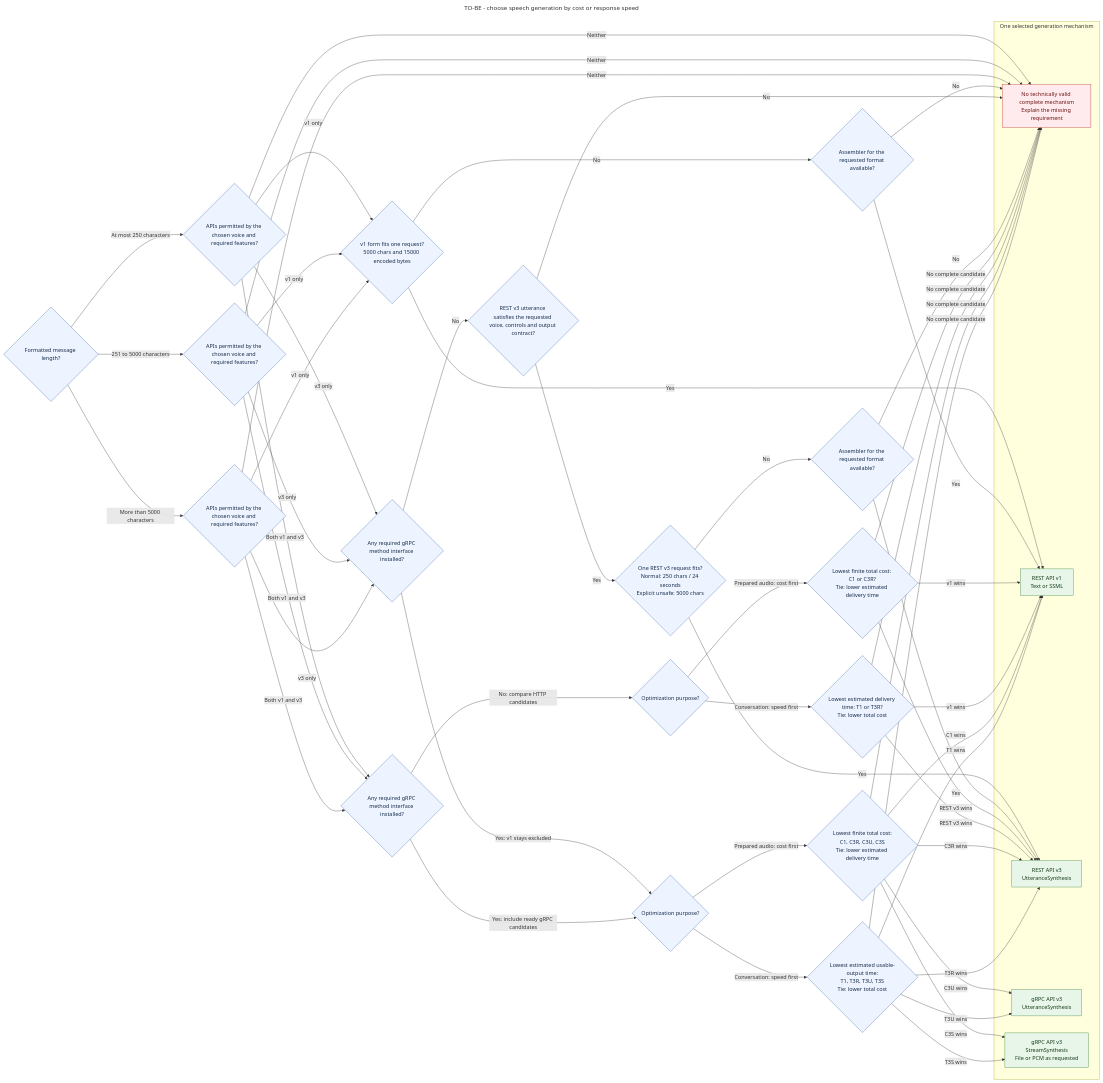
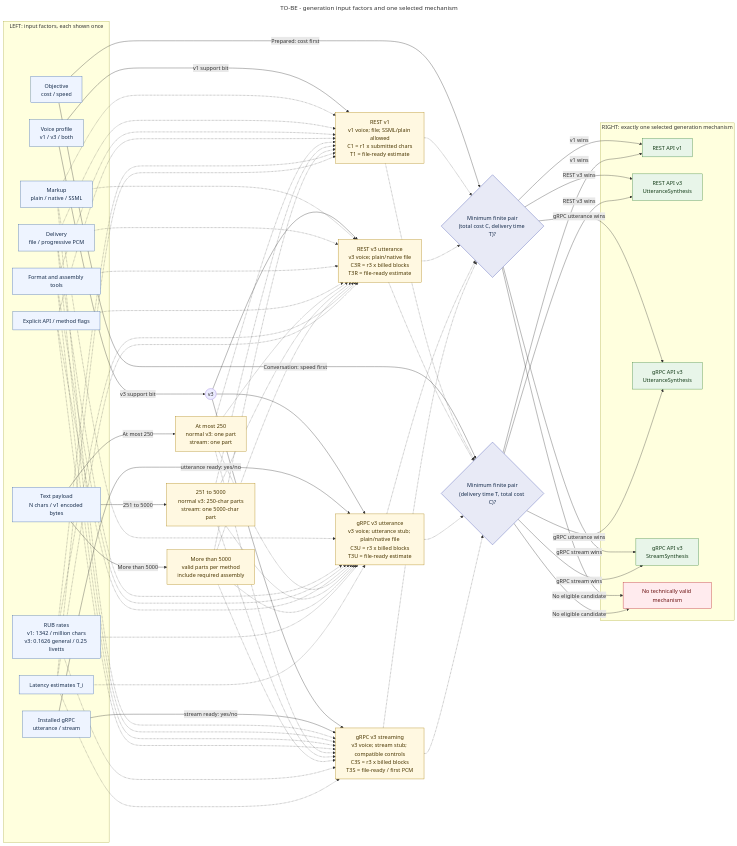
Before and after one commit to bizyumov/yandex-speech: the diagram in docs/voice-generation-selection.mmd, drawn with Mermaid. The commit also changed 5 other files, not shown here.

Commit message:
Show each selection factor once as a left input and separate API outputs on the right

```diff
--- a/docs/voice-generation-selection.mmd
+++ b/docs/voice-generation-selection.mmd
@@ -1,77 +1,110 @@
 ---
-title: TO-BE - choose speech generation by cost or response speed
+title: TO-BE - generation input factors and one selected mechanism
 ---
 flowchart LR
-    N{"Formatted message length?"}
-    N -- "At most 250 characters" --> VS{"APIs permitted by the chosen voice and required features?"}
-    N -- "251 to 5000 characters" --> VM{"APIs permitted by the chosen voice and required features?"}
-    N -- "More than 5000 characters" --> VL{"APIs permitted by the chosen voice and required features?"}
-    VS -- "v1 only" --> R1READY
-    VM -- "v1 only" --> R1READY
-    VL -- "v1 only" --> R1READY
-    VS -- "v3 only" --> G3
-    VM -- "v3 only" --> G3
-    VL -- "v3 only" --> G3
-    VS -- "Both v1 and v3" --> GB
-    VM -- "Both v1 and v3" --> GB
-    VL -- "Both v1 and v3" --> GB
-    VS -- "Neither" --> ERR
-    VM -- "Neither" --> ERR
-    VL -- "Neither" --> ERR
+    subgraph INPUTS["LEFT: input factors, each shown once"]
+        V["Voice profile<br/>v1 / v3 / both"]
+        N["Text payload<br/>N chars / v1 encoded bytes"]
+        G["Installed gRPC<br/>utterance / stream"]
+        M["Markup<br/>plain / native / SSML"]
+        O["Delivery<br/>file / progressive PCM"]
+        A["Format and assembly tools"]
+        X["Explicit API / method flags"]
+        P["Objective<br/>cost / speed"]
+        L["Latency estimates T_i"]
+        R["RUB rates<br/>v1: 1342 / million chars<br/>v3: 0.1626 general / 0.25 livetts"]
+    end
 
-    R1READY{"v1 form fits one request?<br/>5000 chars and 15000 encoded bytes"}
-    R1READY -- Yes --> R1
-    R1READY -- No --> J1{"Assembler for the requested format available?"}
-    J1 -- Yes --> R1
-    J1 -- No --> ERR
-    G3{"Any required gRPC method interface installed?"}
-    G3 -- No --> R3PERMIT{"REST v3 utterance satisfies the requested voice, controls and output contract?"}
-    R3PERMIT -- No --> ERR
-    R3PERMIT -- Yes --> R3READY{"One REST v3 request fits?<br/>Normal: 250 chars / 24 seconds<br/>Explicit unsafe: 5000 chars"}
-    R3READY -- Yes --> R3
-    R3READY -- No --> J3{"Assembler for the requested format available?"}
-    J3 -- Yes --> R3
-    J3 -- No --> ERR
-    G3 -- "Yes: v1 stays excluded" --> GA
+    N -- "At most 250" --> NS["At most 250<br/>normal v3: one part<br/>stream: one part"]
+    N -- "251 to 5000" --> NM["251 to 5000<br/>normal v3: 250-char parts<br/>stream: one 5000-char part"]
+    N -- "More than 5000" --> NL["More than 5000<br/>valid parts per method<br/>include required assembly"]
 
-    GB{"Any required gRPC method interface installed?"}
-    GB -- "No: compare HTTP candidates" --> GH
-    GB -- "Yes: include ready gRPC candidates" --> GA
+    V -- "v1 support bit" --> S1
+    V -- "v3 support bit" --> V3BIT(("v3"))
+    V3BIT --> SR
+    V3BIT --> SU
+    V3BIT --> SS
+    G -- "utterance ready: yes/no" --> SU
+    G -- "stream ready: yes/no" --> SS
+    M -.-> S1
+    M -.-> SR
+    M -.-> SU
+    M -.-> SS
+    O -.-> S1
+    O -.-> SR
+    O -.-> SU
+    O -.-> SS
+    A -.-> S1
+    A -.-> SR
+    A -.-> SU
+    A -.-> SS
+    X -.-> S1
+    X -.-> SR
+    X -.-> SU
+    X -.-> SS
 
-    GH{"Optimization purpose?"}
-    GH -- "Prepared audio: cost first" --> CH{"Lowest finite total cost: C1 or C3R?<br/>Tie: lower estimated delivery time"}
-    GH -- "Conversation: speed first" --> TH{"Lowest estimated delivery time: T1 or T3R?<br/>Tie: lower total cost"}
-    CH -- "v1 wins" --> R1
-    CH -- "REST v3 wins" --> R3
-    CH -- "No complete candidate" --> ERR
-    TH -- "v1 wins" --> R1
-    TH -- "REST v3 wins" --> R3
-    TH -- "No complete candidate" --> ERR
+    NS -.-> S1
+    NS -.-> SR
+    NS -.-> SU
+    NS -.-> SS
+    NM -.-> S1
+    NM -.-> SR
+    NM -.-> SU
+    NM -.-> SS
+    NL -.-> S1
+    NL -.-> SR
+    NL -.-> SU
+    NL -.-> SS
+    R -.-> S1
+    R -.-> SR
+    R -.-> SU
+    R -.-> SS
+    L -.-> S1
+    L -.-> SR
+    L -.-> SU
+    L -.-> SS
 
-    GA{"Optimization purpose?"}
-    GA -- "Prepared audio: cost first" --> CA{"Lowest finite total cost:<br/>C1, C3R, C3U, C3S<br/>Tie: lower estimated delivery time"}
-    GA -- "Conversation: speed first" --> TA{"Lowest estimated usable-output time:<br/>T1, T3R, T3U, T3S<br/>Tie: lower total cost"}
-    CA -- "C1 wins" --> R1
-    CA -- "C3R wins" --> R3
-    CA -- "C3U wins" --> GU
-    CA -- "C3S wins" --> GS
-    CA -- "No complete candidate" --> ERR
-    TA -- "T1 wins" --> R1
-    TA -- "T3R wins" --> R3
-    TA -- "T3U wins" --> GU
-    TA -- "T3S wins" --> GS
-    TA -- "No complete candidate" --> ERR
+    S1["REST v1<br/>v1 voice; file; SSML/plain allowed<br/>C1 = r1 x submitted chars<br/>T1 = file-ready estimate"]
+    SR["REST v3 utterance<br/>v3 voice; plain/native file<br/>C3R = r3 x billed blocks<br/>T3R = file-ready estimate"]
+    SU["gRPC v3 utterance<br/>v3 voice; utterance stub; plain/native file<br/>C3U = r3 x billed blocks<br/>T3U = file-ready estimate"]
+    SS["gRPC v3 streaming<br/>v3 voice; stream stub; compatible controls<br/>C3S = r3 x billed blocks<br/>T3S = file-ready / first PCM"]
 
-    subgraph APIS["One selected generation mechanism"]
-        R1["REST API v1<br/>Text or SSML"]
+    P -- "Prepared: cost first" --> COST{"Minimum finite pair<br/>(total cost C, delivery time T)?"}
+    P -- "Conversation: speed first" --> SPEED{"Minimum finite pair<br/>(delivery time T, total cost C)?"}
+    S1 -.-> COST
+    SR -.-> COST
+    SU -.-> COST
+    SS -.-> COST
+    S1 -.-> SPEED
+    SR -.-> SPEED
+    SU -.-> SPEED
+    SS -.-> SPEED
+
+    COST -- "v1 wins" --> R1
+    COST -- "REST v3 wins" --> R3
+    COST -- "gRPC utterance wins" --> GU
+    COST -- "gRPC stream wins" --> GS
+    COST -- "No eligible candidate" --> ERR
+    SPEED -- "v1 wins" --> R1
+    SPEED -- "REST v3 wins" --> R3
+    SPEED -- "gRPC utterance wins" --> GU
+    SPEED -- "gRPC stream wins" --> GS
+    SPEED -- "No eligible candidate" --> ERR
+
+    subgraph APIS["RIGHT: exactly one selected generation mechanism"]
+        R1["REST API v1"]
         R3["REST API v3<br/>UtteranceSynthesis"]
         GU["gRPC API v3<br/>UtteranceSynthesis"]
-        GS["gRPC API v3<br/>StreamSynthesis<br/>File or PCM as requested"]
-        ERR["No technically valid complete mechanism<br/>Explain the missing requirement"]
+        GS["gRPC API v3<br/>StreamSynthesis"]
+        ERR["No technically valid mechanism"]
     end
-    classDef decision fill:#eef4ff,stroke:#3762a6,color:#152b4a;
+    classDef factor fill:#eef4ff,stroke:#3762a6,color:#152b4a;
+    classDef calculation fill:#fff8e1,stroke:#a67c00,color:#493600;
+    classDef decision fill:#e8eaf6,stroke:#3949ab,color:#152b4a;
     classDef api fill:#e8f5e9,stroke:#2e7d32,color:#133b17;
     classDef error fill:#ffebee,stroke:#b71c1c,color:#6a1111;
-    class N,VS,VM,VL,R1READY,J1,G3,R3PERMIT,R3READY,J3,GB,GH,CH,TH,GA,CA,TA decision;
+    class V,N,G,M,O,A,X,P,L,R factor;
+    class NS,NM,NL,S1,SR,SU,SS calculation;
+    class COST,SPEED decision;
     class R1,R3,GU,GS api;
     class ERR error;
```
